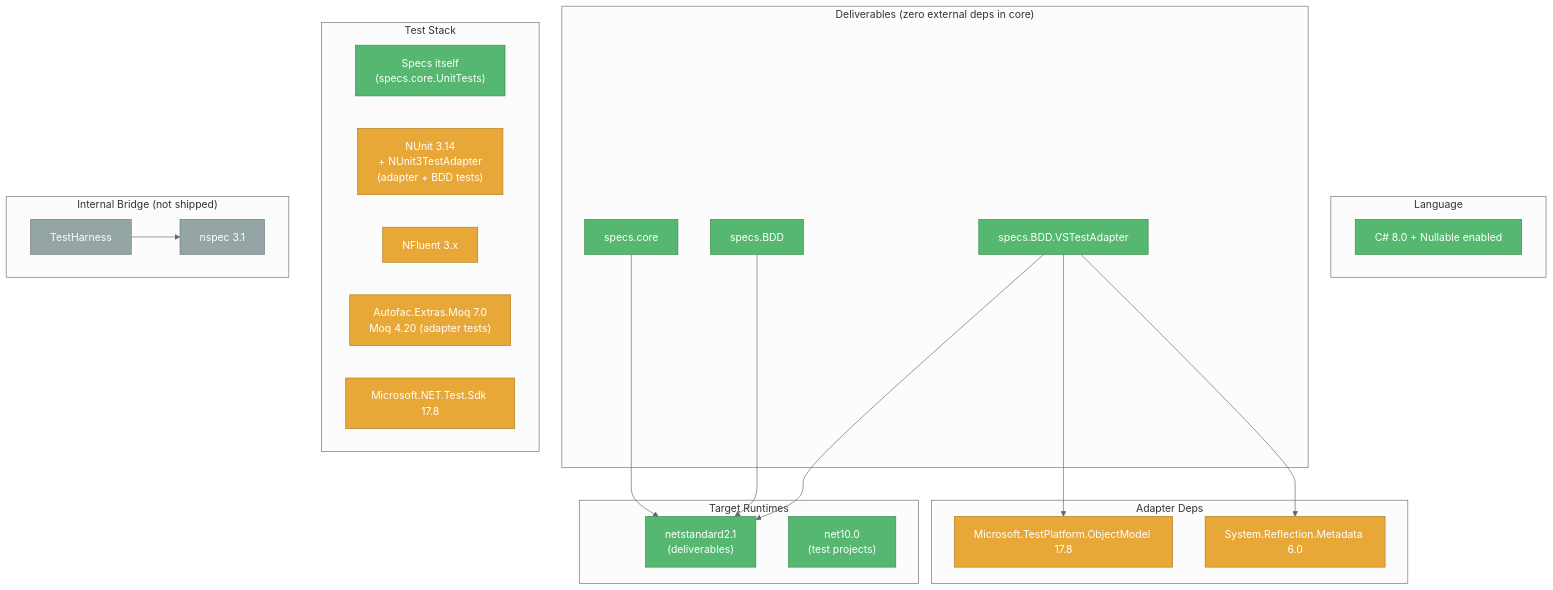
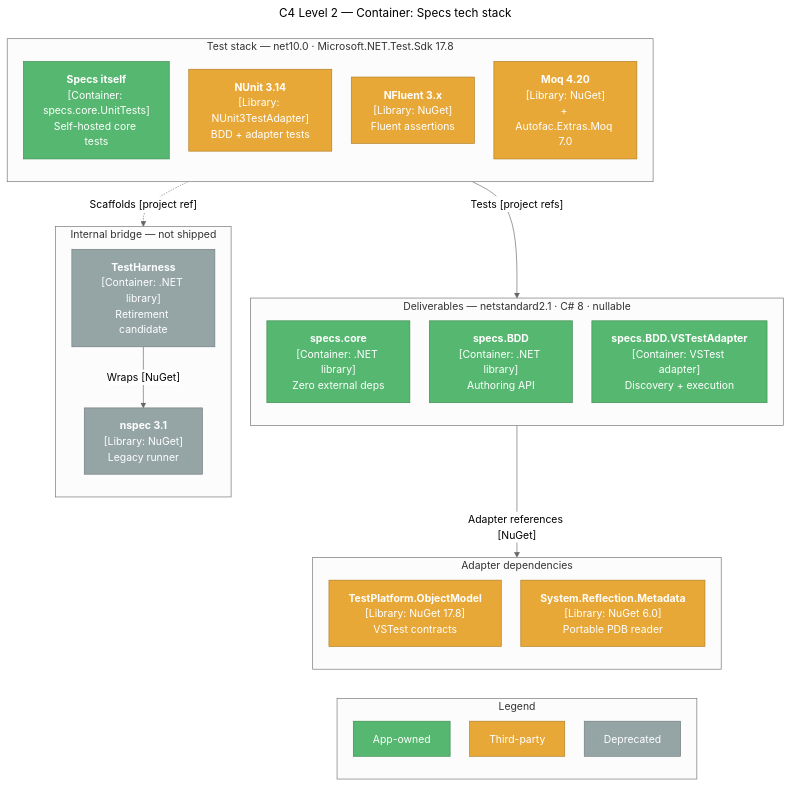
The first of 2 diagrams in memory-bank/techContext.md (yozepi/Specs), drawn with Mermaid before and after one commit. The commit also changed other lines of this file and 45 other files, not shown here.

````diff
--- a/memory-bank/techContext.md
+++ b/memory-bank/techContext.md
@@ -5,47 +5,51 @@
 ```mermaid
-%%{init: {'theme': 'neutral'}}%%
+---
+title: "C4 Level 2 — Container: Specs tech stack"
+---
+%%{init: {'theme': 'neutral', 'flowchart': {'nodeSpacing': 30, 'rankSpacing': 45, 'wrappingWidth': 160}}}%%
 flowchart TD
-    subgraph Runtimes["Target Runtimes"]
-        NS21["netstandard2.1<br/>(deliverables)"]:::app
-        N8["net10.0<br/>(test projects)"]:::app
+    subgraph TEST["Test stack — net10.0 · Microsoft.NET.Test.Sdk 17.8"]
+        direction TB
+        SELF["<b>Specs itself</b><br/>[Container: specs.core.UnitTests]<br/>Self-hosted core tests"]:::app
+        NU["<b>NUnit 3.14</b><br/>[Library: NUnit3TestAdapter]<br/>BDD + adapter tests"]:::external
+        NF["<b>NFluent 3.x</b><br/>[Library: NuGet]<br/>Fluent assertions"]:::external
+        MQ["<b>Moq 4.20</b><br/>[Library: NuGet]<br/>+ Autofac.Extras.Moq 7.0"]:::external
     end
 
-    subgraph Lang["Language"]
-        CS8["C# 8.0 + Nullable enabled"]:::app
+    subgraph DEL["Deliverables — netstandard2.1 · C# 8 · nullable"]
+        direction TB
+        CORE["<b>specs.core</b><br/>[Container: .NET library]<br/>Zero external deps"]:::app
+        BDD["<b>specs.BDD</b><br/>[Container: .NET library]<br/>Authoring API"]:::app
+        ADP["<b>specs.BDD.VSTestAdapter</b><br/>[Container: VSTest adapter]<br/>Discovery + execution"]:::app
     end
 
-    subgraph Deliverables["Deliverables (zero external deps in core)"]
-        CORE["specs.core"]:::app
-        BDD["specs.BDD"]:::app
-        ADP["specs.BDD.VSTestAdapter"]:::app
+    subgraph LEG["Internal bridge — not shipped"]
+        direction TB
+        TH["<b>TestHarness</b><br/>[Container: .NET library]<br/>Retirement candidate"]:::deprecated
+        NSPEC["<b>nspec 3.1</b><br/>[Library: NuGet]<br/>Legacy runner"]:::deprecated
+        TH -->|"Wraps [NuGet]"| NSPEC
     end
 
-    subgraph Test["Test Stack"]
-        SELF["Specs itself<br/>(specs.core.UnitTests)"]:::app
-        NU["NUnit 3.14<br/>+ NUnit3TestAdapter<br/>(adapter + BDD tests)"]:::external
-        NF["NFluent 3.x"]:::external
-        MQ["Autofac.Extras.Moq 7.0<br/>Moq 4.20 (adapter tests)"]:::external
-        TS["Microsoft.NET.Test.Sdk 17.8"]:::external
+    subgraph ADEPS["Adapter dependencies"]
+        direction TB
+        MTP["<b>TestPlatform.ObjectModel</b><br/>[Library: NuGet 17.8]<br/>VSTest contracts"]:::external
+        SRM["<b>System.Reflection.Metadata</b><br/>[Library: NuGet 6.0]<br/>Portable PDB reader"]:::external
     end
 
-    subgraph AdapterDeps["Adapter Deps"]
-        MTP["Microsoft.TestPlatform.ObjectModel 17.8"]:::external
-        SRM["System.Reflection.Metadata 6.0"]:::external
+    TEST -->|"Tests [project refs]"| DEL
+    TEST -.->|"Scaffolds [project ref]"| LEG
+    DEL -->|"Adapter references [NuGet]"| ADEPS
+
+    subgraph LEGEND["Legend"]
+        direction TB
+        L1["App-owned"]:::app
+        L2["Third-party"]:::external
+        L3["Deprecated"]:::deprecated
     end
 
-    subgraph Legacy["Internal Bridge (not shipped)"]
-        NSPEC["nspec 3.1"]:::deprecated
-        TH["TestHarness"]:::deprecated
-    end
-
-    CORE --> NS21
-    BDD --> NS21
-    ADP --> NS21
-    ADP --> MTP
-    ADP --> SRM
-    TH --> NSPEC
+    ADEPS ~~~ LEGEND
 
     classDef app fill:#56B870,stroke:#3D8B50,color:#fff
     classDef external fill:#E8A838,stroke:#B07D20,color:#fff
     classDef deprecated fill:#95A5A6,stroke:#707B7C,color:#fff
 ```
````
